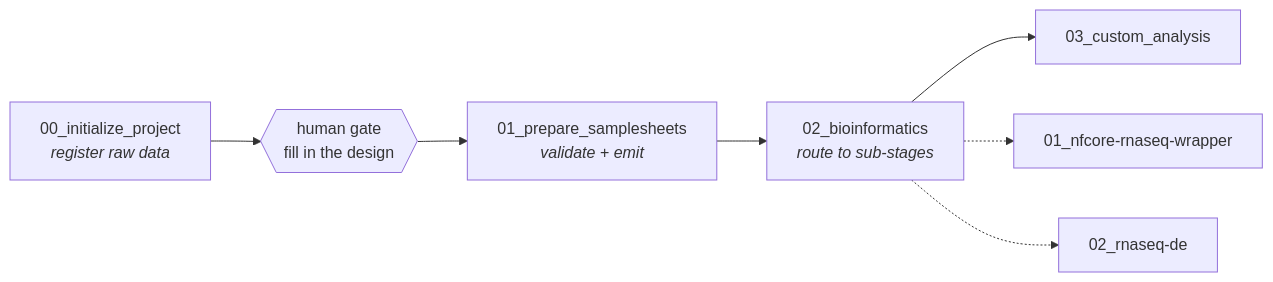
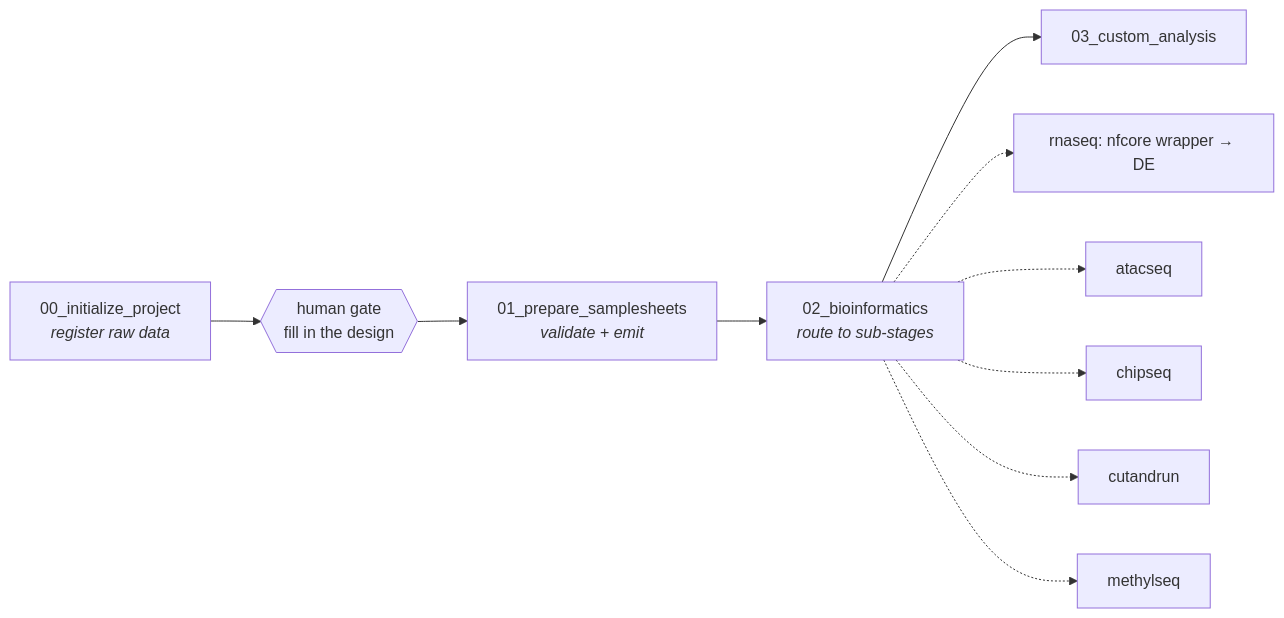
One commit to javrodriguez/genomics-agentic-research-system changed the diagram in README.md. Above: the diagram before and after it, drawn with Mermaid. The commit also changed other lines of this file and 12 other files, not shown here.

````diff
--- a/README.md
+++ b/README.md
@@ -74,9 +74,12 @@
 ```mermaid
 flowchart LR
     A["00_initialize_project<br/><i>register raw data</i>"] --> H{{"human gate<br/>fill in the design"}}
     H --> B["01_prepare_samplesheets<br/><i>validate + emit</i>"]
     B --> C["02_bioinformatics<br/><i>route to sub-stages</i>"]
     C --> D["03_custom_analysis"]
-    C -.-> C1["01_nfcore-rnaseq-wrapper"]
-    C -.-> C2["02_rnaseq-de"]
+    C -.-> C1["rnaseq: nfcore wrapper → DE"]
+    C -.-> C2["atacseq"]
+    C -.-> C3["chipseq"]
+    C -.-> C4["cutandrun"]
+    C -.-> C5["methylseq"]
 ```
````
